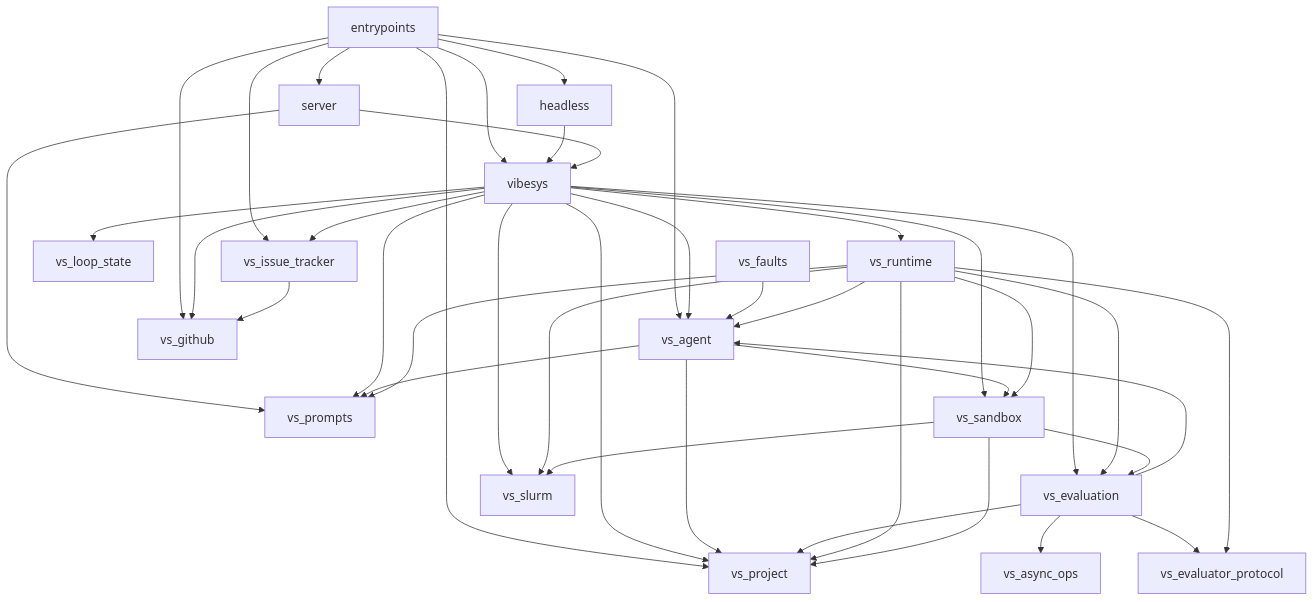
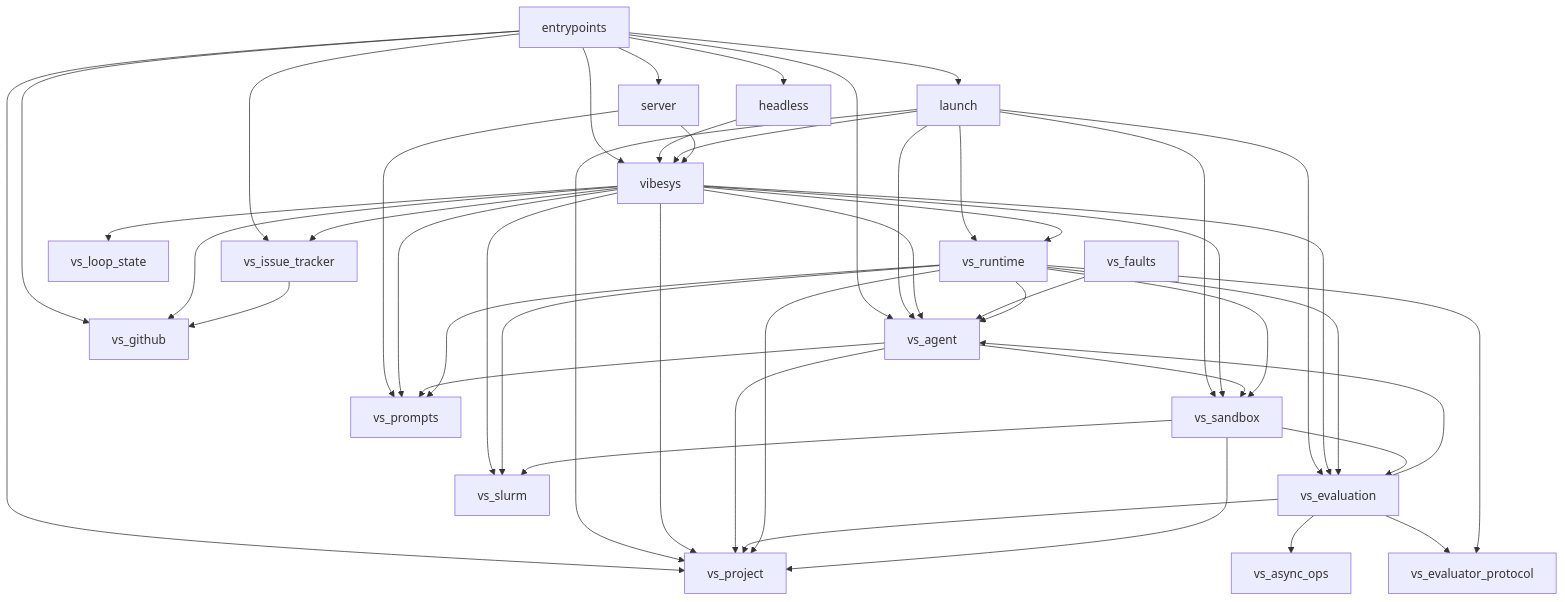
One commit to AyanBinRafaih/vibe-serve changed the first of 3 diagrams in docs/contributing/architecture.md. Above: the diagram before and after it, drawn with Mermaid. The commit also changed other lines of this file and 86 other files, not shown here.

````diff
--- a/docs/contributing/architecture.md
+++ b/docs/contributing/architecture.md
@@ -70,42 +78,49 @@
 ```mermaid
 graph TD
     entrypoints --> headless
+    entrypoints --> launch
     entrypoints --> server
     entrypoints --> vibesys
     entrypoints --> vs_agent
     entrypoints --> vs_github
     entrypoints --> vs_issue_tracker
     entrypoints --> vs_project
     headless --> vibesys
+    launch --> vibesys
+    launch --> vs_agent
+    launch --> vs_evaluation
+    launch --> vs_project
+    launch --> vs_runtime
+    launch --> vs_sandbox
     server --> vibesys
     server --> vs_prompts
     vibesys --> vs_agent
     vibesys --> vs_evaluation
     vibesys --> vs_github
     vibesys --> vs_issue_tracker
     vibesys --> vs_loop_state
     vibesys --> vs_project
     vibesys --> vs_prompts
     vibesys --> vs_runtime
     vibesys --> vs_sandbox
     vibesys --> vs_slurm
     vs_agent --> vs_project
     vs_agent --> vs_prompts
     vs_agent --> vs_sandbox
     vs_evaluation --> vs_agent
     vs_evaluation --> vs_async_ops
     vs_evaluation --> vs_evaluator_protocol
     vs_evaluation --> vs_project
     vs_faults --> vs_agent
     vs_issue_tracker --> vs_github
     vs_runtime --> vs_agent
     vs_runtime --> vs_evaluation
     vs_runtime --> vs_evaluator_protocol
     vs_runtime --> vs_project
     vs_runtime --> vs_prompts
     vs_runtime --> vs_sandbox
     vs_runtime --> vs_slurm
     vs_sandbox --> vs_evaluation
     vs_sandbox --> vs_project
     vs_sandbox --> vs_slurm
 ```
````
